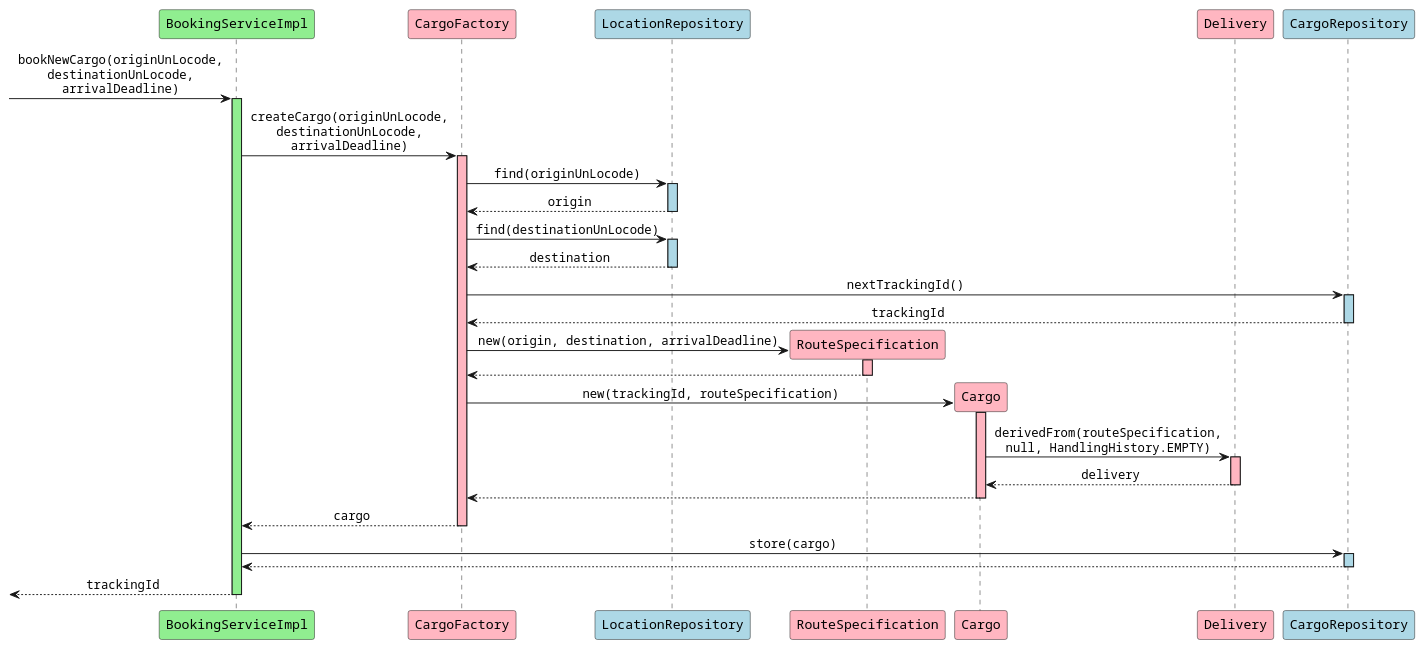
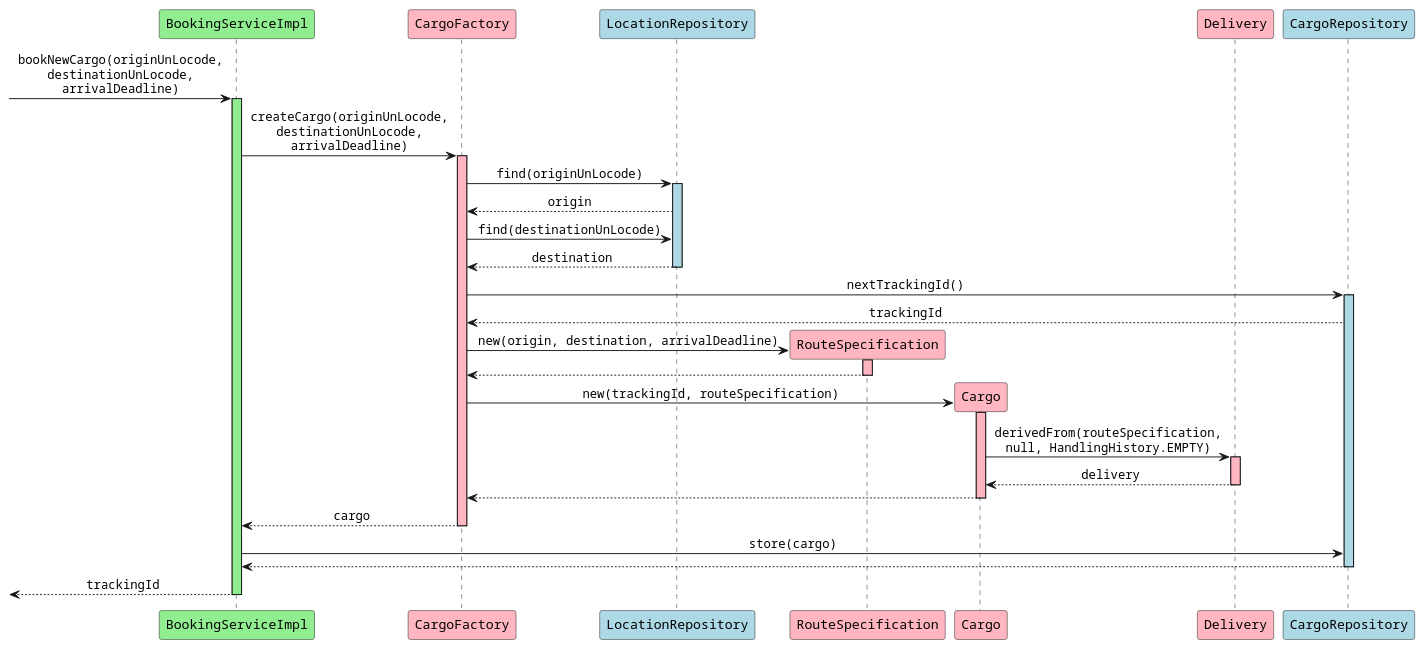
The diagram in diagrams/BookingServiceImpl_bookNewCargo.puml (aowss/dddsample-core), drawn with PlantUML before and after one commit. The commit also changed 480 other files, not shown here.

```diff
--- a/diagrams/BookingServiceImpl_bookNewCargo.puml
+++ b/diagrams/BookingServiceImpl_bookNewCargo.puml
@@ -1,63 +1,60 @@
 @startuml
 skinparam monochrome false
 skinparam defaultFontName Courier
 skinparam sequenceMessageAlign center
 
 participant "BookingServiceImpl" as bs #lightgreen
 participant "CargoFactory" as cf #lightpink
 participant "LocationRepository" as lr #lightblue
 participant "RouteSpecification" as rs #lightpink
 participant "Cargo" as c #lightpink
 participant "Delivery" as d #lightpink
 participant "CargoRepository" as cr #lightblue
 
 [-> bs: bookNewCargo(originUnLocode,\ndestinationUnLocode,\narrivalDeadline)
 activate bs #lightgreen
 
 bs -> cf: createCargo(originUnLocode,\ndestinationUnLocode,\narrivalDeadline)
 activate cf #lightpink
 
 cf -> lr: find(originUnLocode)
 activate lr #lightblue
 lr --> cf: origin
-deactivate lr
 
 cf -> lr: find(destinationUnLocode)
-activate lr #lightblue
 lr --> cf: destination
 deactivate lr
 
 cf -> cr: nextTrackingId()
 activate cr #lightblue
 cr --> cf: trackingId
-deactivate cr
 
 create rs
 cf -> rs: new(origin, destination, arrivalDeadline)
 activate rs #lightpink
 rs --> cf
 deactivate rs
 
 create c
 cf -> c: new(trackingId, routeSpecification)
 activate c #lightpink
 
 c -> d: derivedFrom(routeSpecification,\nnull, HandlingHistory.EMPTY)
 activate d #lightpink
 d --> c: delivery
 deactivate d
 
 c --> cf
 deactivate c
+
 cf --> bs: cargo
 deactivate cf
 
 bs -> cr: store(cargo)
-activate cr #lightblue
 cr --> bs
 deactivate cr
 
 [<-- bs: trackingId
 deactivate bs
 
 @enduml 
```
